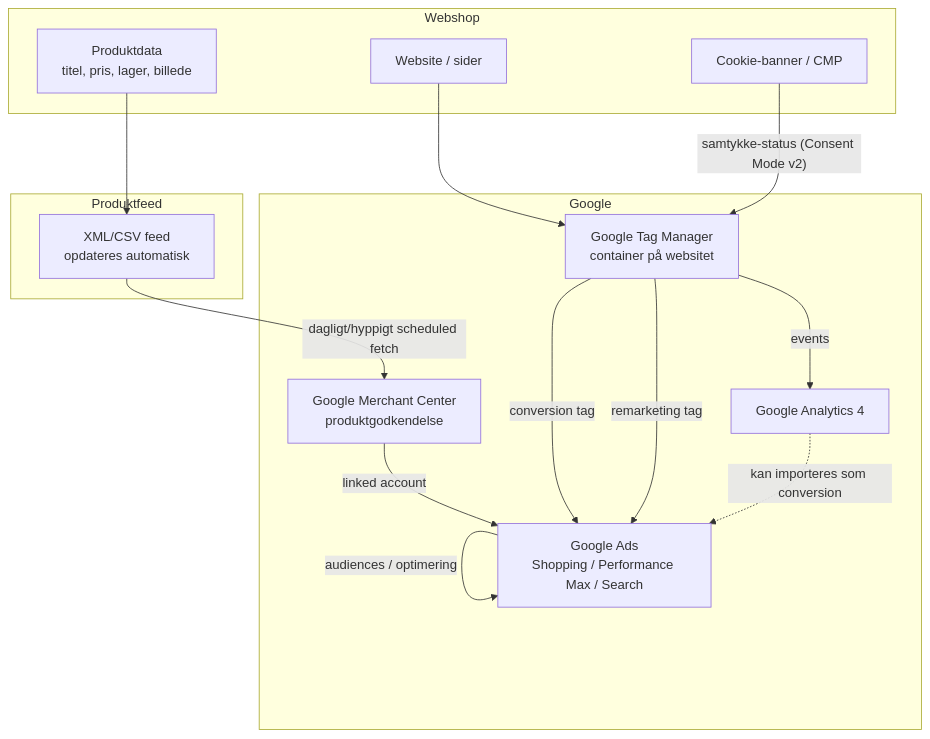
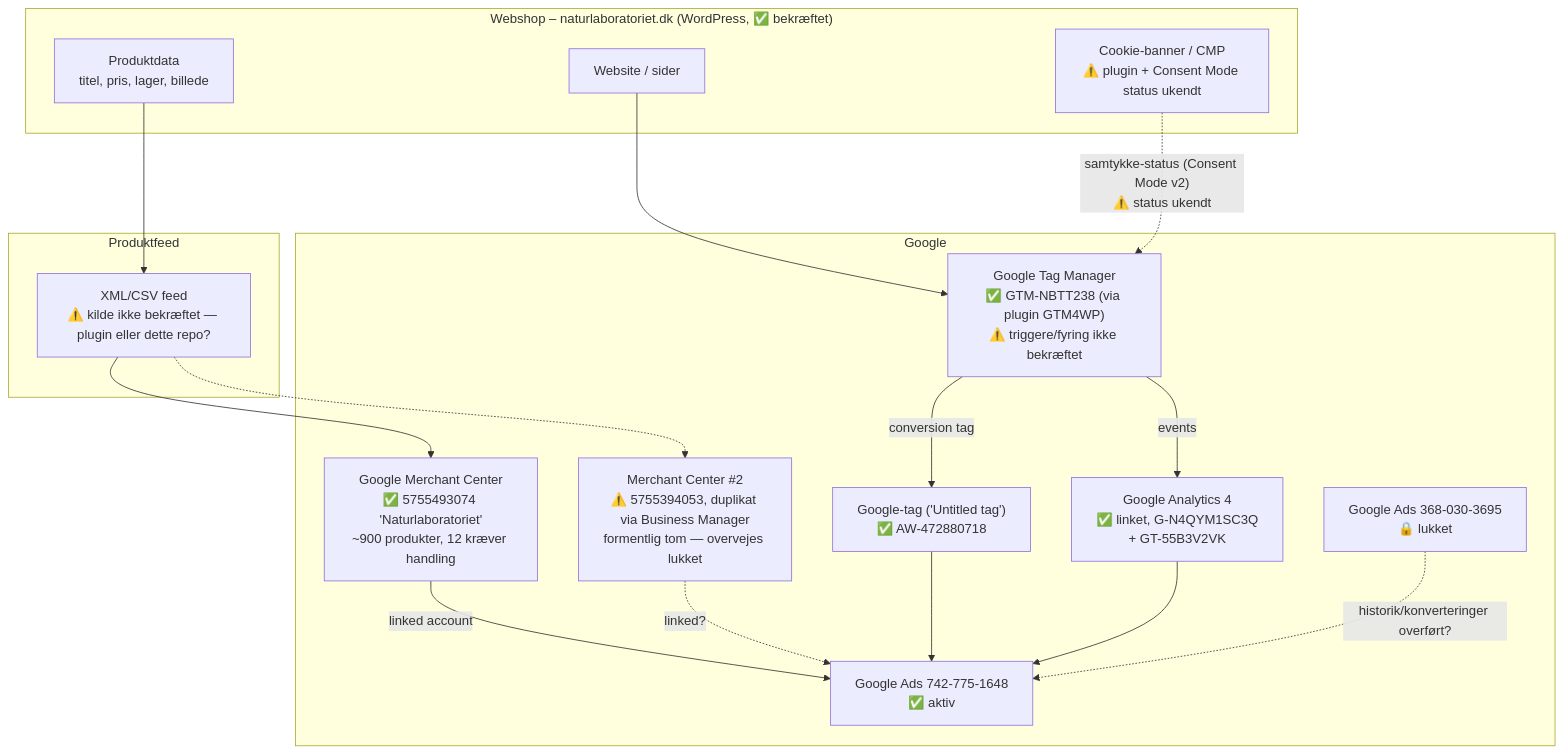
One commit to Morten2812/feeds-nl changed the diagram in google-ads-struktur.md. Above: the diagram before and after it, drawn with Mermaid. The commit also changed other lines of this file, not shown here.

````diff
--- a/google-ads-struktur.md
+++ b/google-ads-struktur.md
@@ -10,32 +66,37 @@
 ```mermaid
 flowchart TD
-    subgraph Shop["Webshop"]
+    subgraph Shop["Webshop – naturlaboratoriet.dk (WordPress, ✅ bekræftet)"]
         W[Produktdata<br/>titel, pris, lager, billede]
         S[Website / sider]
-        CMP[Cookie-banner / CMP]
+        CMP["Cookie-banner / CMP<br/>⚠️ plugin + Consent Mode status ukendt"]
     end
 
     subgraph Feed["Produktfeed"]
-        F[XML/CSV feed<br/>opdateres automatisk]
+        F[XML/CSV feed<br/>⚠️ kilde ikke bekræftet — plugin eller dette repo?]
     end
 
     subgraph Google["Google"]
-        MC[Google Merchant Center<br/>produktgodkendelse]
-        GTM[Google Tag Manager<br/>container på websitet]
-        GA4[Google Analytics 4]
-        ADS[Google Ads<br/>Shopping / Performance Max / Search]
+        MC["Google Merchant Center<br/>✅ 5755493074 'Naturlaboratoriet'<br/>~900 produkter, 12 kræver handling"]
+        MC2["Merchant Center #2<br/>⚠️ 5755394053, duplikat via Business Manager<br/>formentlig tom — overvejes lukket"]
+        GTM["Google Tag Manager<br/>✅ GTM-NBTT238 (via plugin GTM4WP)<br/>⚠️ triggere/fyring ikke bekræftet"]
+        GA4["Google Analytics 4<br/>✅ linket, G-N4QYM1SC3Q<br/>+ GT-55B3V2VK"]
+        TAG["Google-tag ('Untitled tag')<br/>✅ AW-472880718"]
+        ADS["Google Ads 742-775-1648<br/>✅ aktiv"]
+        ADSOLD["Google Ads 368-030-3695<br/>🔒 lukket"]
     end
 
     W --> F
-    F -- "dagligt/hyppigt scheduled fetch" --> MC
+    F --> MC
+    F -.-> MC2
     MC -- "linked account" --> ADS
+    MC2 -. "linked?" .-> ADS
 
     S --> GTM
-    CMP -- "samtykke-status (Consent Mode v2)" --> GTM
-    GTM -- "conversion tag" --> ADS
+    CMP -. "samtykke-status (Consent Mode v2)<br/>⚠️ status ukendt" .-> GTM
+    GTM -- "conversion tag" --> TAG
+    TAG --> ADS
     GTM -- "events" --> GA4
-    GTM -- "remarketing tag" --> ADS
+    GA4 --> ADS
 
-    ADS -- "audiences / optimering" --> ADS
-    GA4 -. "kan importeres som conversion" .-> ADS
+    ADSOLD -. "historik/konverteringer overført?" .-> ADS
 ```
````
